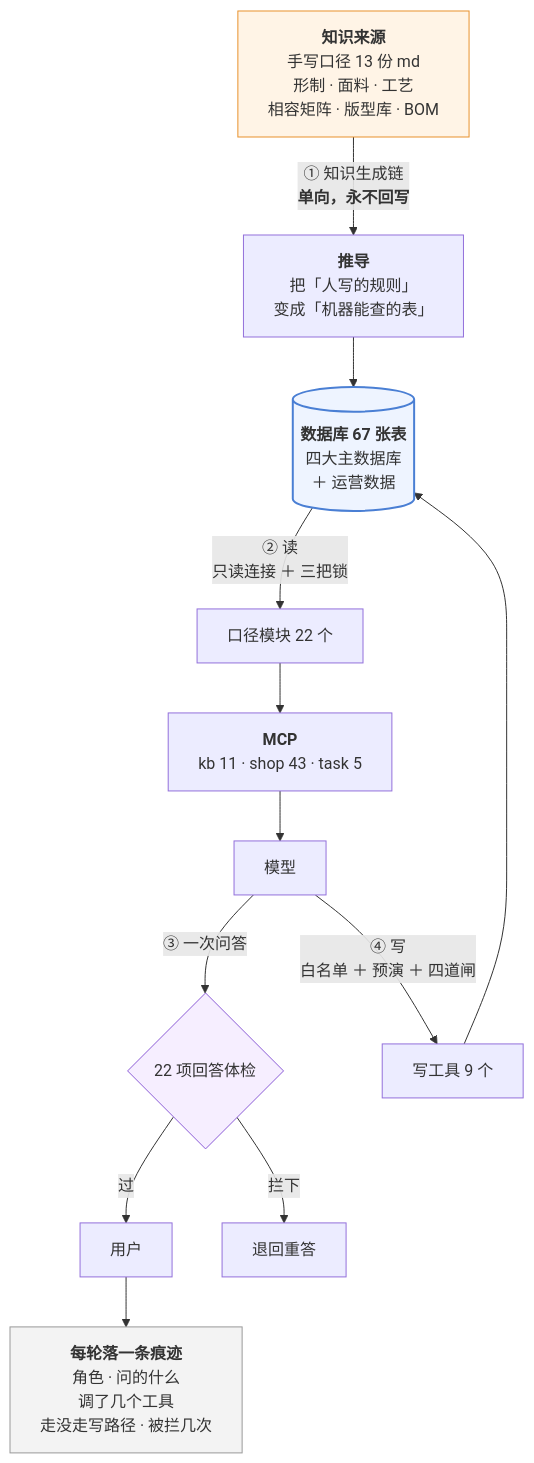
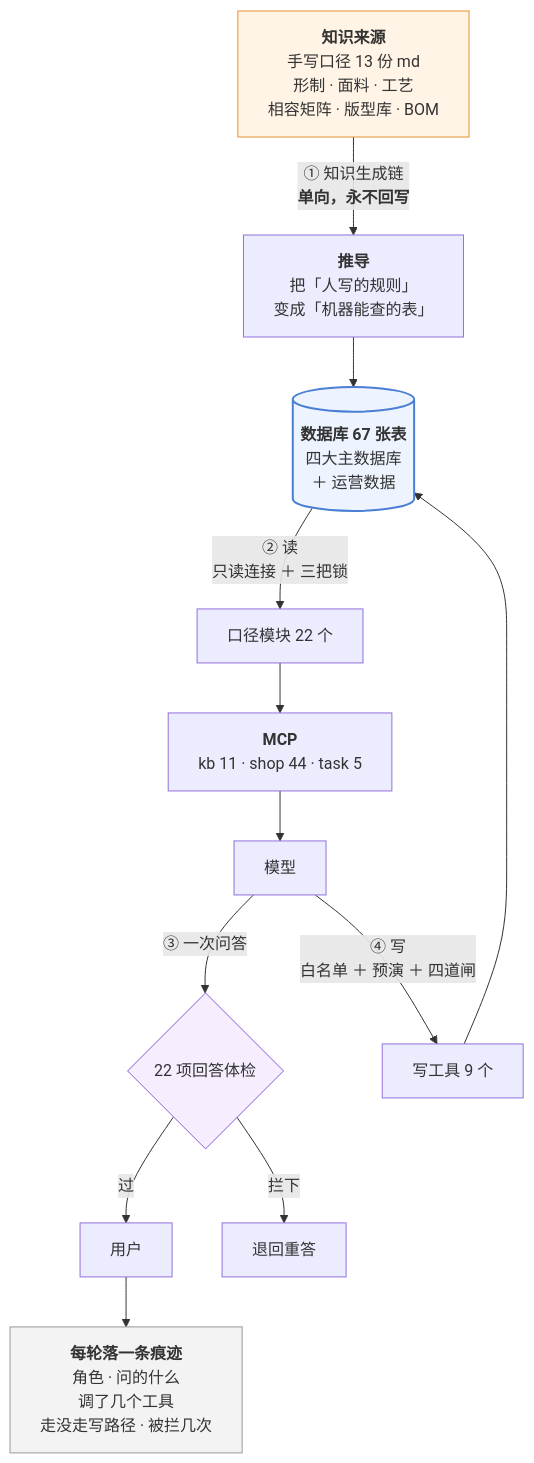
The third of 3 diagrams in 澜绣云裳agent-产品说明.md (843773296-rgb/lanxiu-yunshang-agent), drawn with Mermaid before and after one commit. The commit also changed other lines of this file and 5 other files, not shown here.

````diff
--- a/澜绣云裳agent-产品说明.md
+++ b/澜绣云裳agent-产品说明.md
@@ -759,24 +760,24 @@
 ```mermaid
 flowchart TD
     MD["<b>知识来源</b><br/>手写口径 13 份 md<br/>形制 · 面料 · 工艺<br/>相容矩阵 · 版型库 · BOM"]
     MD -->|"① 知识生成链<br/><b>单向，永不回写</b>"| DV["<b>推导</b><br/>把「人写的规则」<br/>变成「机器能查的表」"]
     DV --> DB[("<b>数据库 67 张表</b><br/>四大主数据库<br/>＋ 运营数据")]
 
     DB -->|"② 读<br/>只读连接 ＋ 三把锁"| KJ["口径模块 22 个"]
-    KJ --> MCP["<b>MCP</b><br/>kb 11 · shop 43 · task 5"]
+    KJ --> MCP["<b>MCP</b><br/>kb 11 · shop 44 · task 5"]
     MCP --> LLM["模型"]
 
     LLM -->|"③ 一次问答"| GD{"22 项回答体检"}
     GD -- 过 --> U["用户"]
     GD -- 拦下 --> RE["退回重答"]
 
     LLM -->|"④ 写<br/>白名单 ＋ 预演 ＋ 四道闸"| W["写工具 9 个"]
     W --> DB
 
     U --> TR["<b>每轮落一条痕迹</b><br/>角色 · 问的什么<br/>调了几个工具<br/>走没走写路径 · 被拦几次"]
 
     style MD fill:#fff4e6,stroke:#e8912d
     style DB fill:#eef4ff,stroke:#4a7fd4,stroke-width:2px
     style GD fill:#f6eeff,stroke:#8b5cd6
     style TR fill:#f3f3f3,stroke:#999
 ```
````
